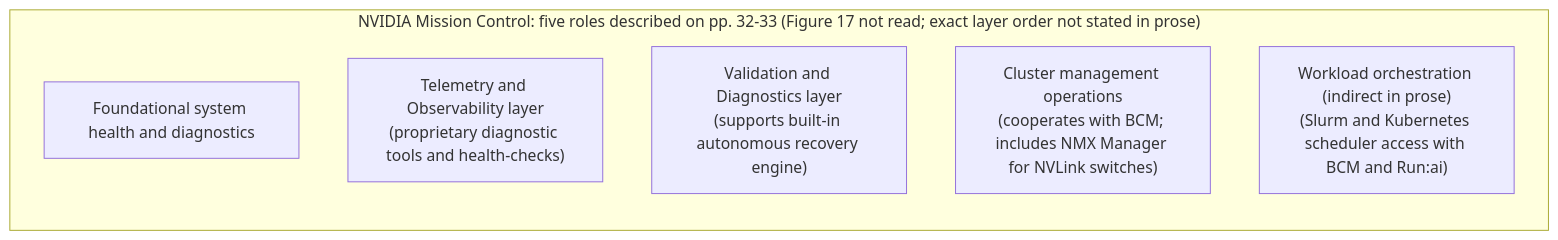
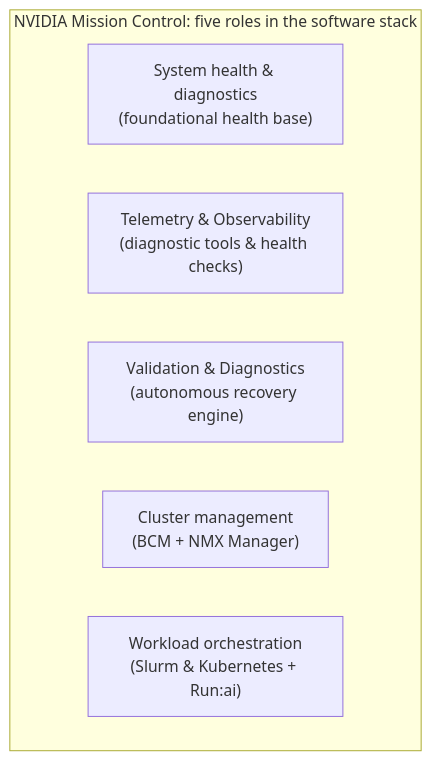
One commit to jithinpnjm/ai-infra-handbook changed the first of 3 diagrams in docs/part-08-bcm/16-mission-control-dgx-cloud-and-autonomous-recovery-concepts.md. Above: the diagram before and after it, drawn with Mermaid. The commit also changed other lines of this file and 77 other files, not shown here.

````diff
--- a/docs/part-08-bcm/16-mission-control-dgx-cloud-and-autonomous-recovery-concepts.md
+++ b/docs/part-08-bcm/16-mission-control-dgx-cloud-and-autonomous-recovery-concepts.md
@@ -56,11 +56,11 @@
 ```mermaid
-flowchart LR
-  subgraph MC["NVIDIA Mission Control: five roles described on pp. 32-33 (Figure 17 not read; exact layer order not stated in prose)"]
-    direction TB
-    A["Foundational system health and diagnostics"]
-    B["Telemetry and Observability layer<br/>(proprietary diagnostic tools and health-checks)"]
-    C["Validation and Diagnostics layer<br/>(supports built-in autonomous recovery engine)"]
-    D["Cluster management operations<br/>(cooperates with BCM; includes NMX Manager for NVLink switches)"]
-    E["Workload orchestration (indirect in prose)<br/>(Slurm and Kubernetes scheduler access with BCM and Run:ai)"]
+flowchart TB
+  subgraph MC["NVIDIA Mission Control: five roles in the software stack"]
+    direction LR
+    A["System health & diagnostics<br/>(foundational health base)"]
+    B["Telemetry & Observability<br/>(diagnostic tools & health checks)"]
+    C["Validation & Diagnostics<br/>(autonomous recovery engine)"]
+    D["Cluster management<br/>(BCM + NMX Manager)"]
+    E["Workload orchestration<br/>(Slurm & Kubernetes + Run:ai)"]
   end
 ```
````
